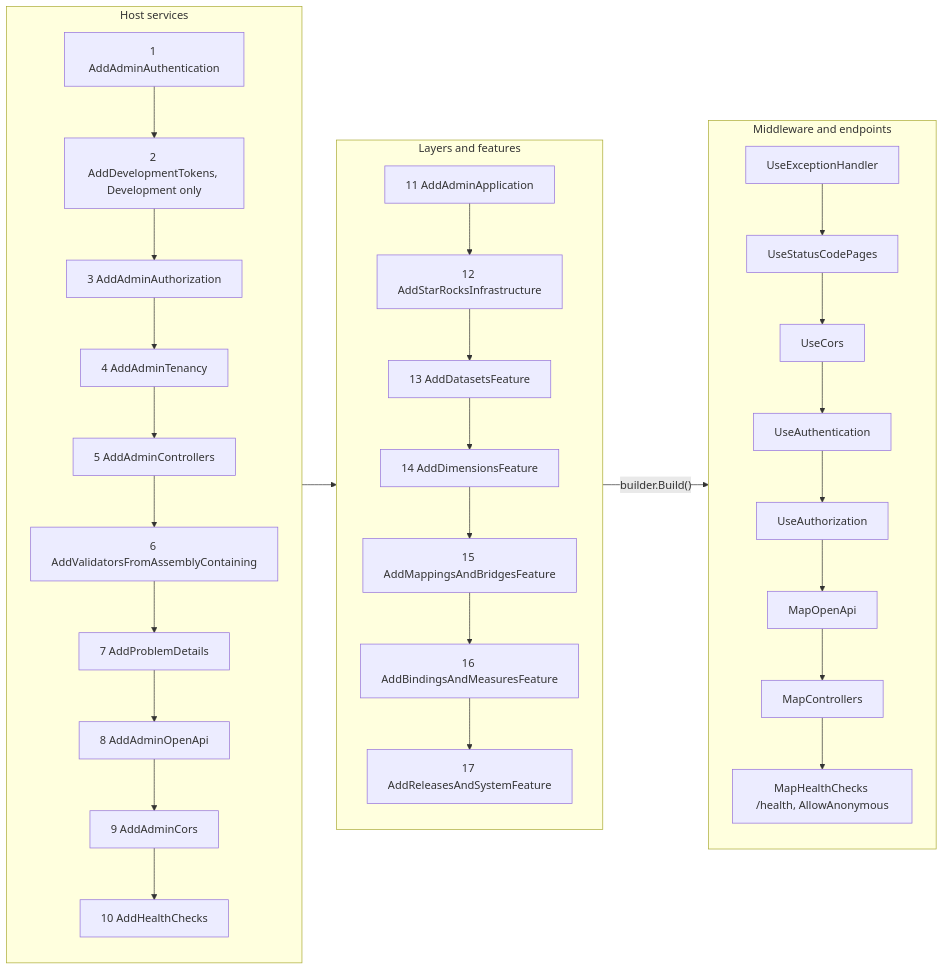
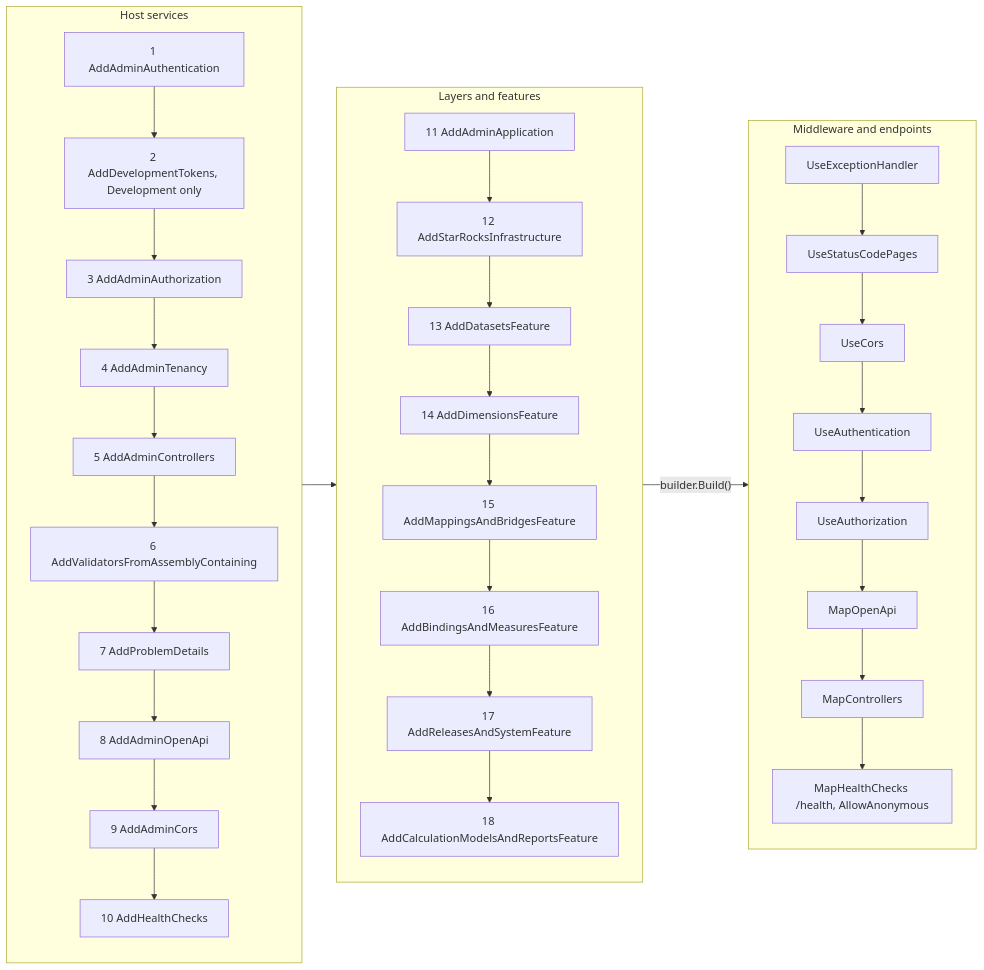
One commit to chrisaliotta/Quantalytix.QueryEngine.Admin changed the third of 3 diagrams in api/docs/architecture/01-architecture.md. Above: the diagram before and after it, drawn with Mermaid. The commit also changed other lines of this file and 202 other files, not shown here.

First line of the commit message:
feat: enhance API documentation and configuration for calculation models and reports

````diff
--- a/api/docs/architecture/01-architecture.md
+++ b/api/docs/architecture/01-architecture.md
@@ -82,36 +82,37 @@
 ```mermaid
 flowchart LR
     subgraph HostServices [Host services]
         direction TB
         S1["1 AddAdminAuthentication"] --> S2["2 AddDevelopmentTokens, Development only"]
         S2 --> S3["3 AddAdminAuthorization"]
         S3 --> S4["4 AddAdminTenancy"]
         S4 --> S5["5 AddAdminControllers"]
         S5 --> S6["6 AddValidatorsFromAssemblyContaining"]
         S6 --> S7["7 AddProblemDetails"]
         S7 --> S8["8 AddAdminOpenApi"]
         S8 --> S9["9 AddAdminCors"]
         S9 --> S10["10 AddHealthChecks"]
     end
     subgraph LayerServices [Layers and features]
         direction TB
         S11["11 AddAdminApplication"] --> S12["12 AddStarRocksInfrastructure"]
         S12 --> S13["13 AddDatasetsFeature"]
         S13 --> S14["14 AddDimensionsFeature"]
         S14 --> S15["15 AddMappingsAndBridgesFeature"]
         S15 --> S16["16 AddBindingsAndMeasuresFeature"]
         S16 --> S17["17 AddReleasesAndSystemFeature"]
+        S17 --> S18["18 AddCalculationModelsAndReportsFeature"]
     end
     subgraph Pipeline [Middleware and endpoints]
         direction TB
         M1["UseExceptionHandler"] --> M2["UseStatusCodePages"]
         M2 --> M3["UseCors"]
         M3 --> M4["UseAuthentication"]
         M4 --> M5["UseAuthorization"]
         M5 --> M6["MapOpenApi"]
         M6 --> M7["MapControllers"]
         M7 --> M8["MapHealthChecks /health, AllowAnonymous"]
     end
     HostServices --> LayerServices
     LayerServices -->|"builder.Build()"| Pipeline
 ```
````
